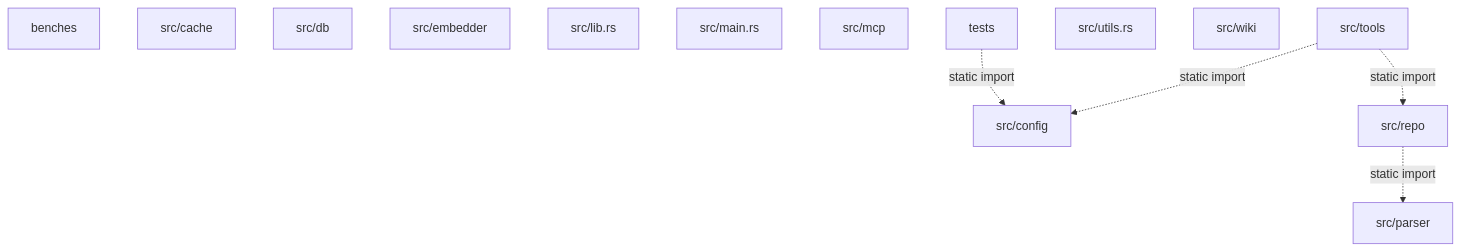
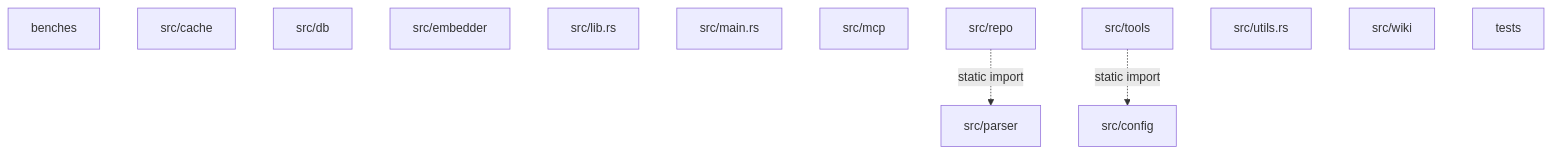
One commit to NMA-vc/klaar changed the second of 4 diagrams in .klaar/wiki/technical/architecture.md. Above: the diagram before and after it, drawn with Mermaid. The commit also changed other lines of this file and 13 other files, not shown here.

````diff
--- a/.klaar/wiki/technical/architecture.md
+++ b/.klaar/wiki/technical/architecture.md
@@ -89,21 +89,19 @@
 ```mermaid
 flowchart TD
   c0["benches"]
   c1["src/cache"]
   c2["src/config"]
   c3["src/db"]
   c4["src/embedder"]
   c5["src/lib.rs"]
   c6["src/main.rs"]
   c7["src/mcp"]
   c8["src/parser"]
   c9["src/repo"]
   c10["src/tools"]
   c11["src/utils.rs"]
   c12["src/wiki"]
   c13["tests"]
   c10 -. static import .-> c2
-  c10 -. static import .-> c9
-  c13 -. static import .-> c2
   c9 -. static import .-> c8
 ```
````
